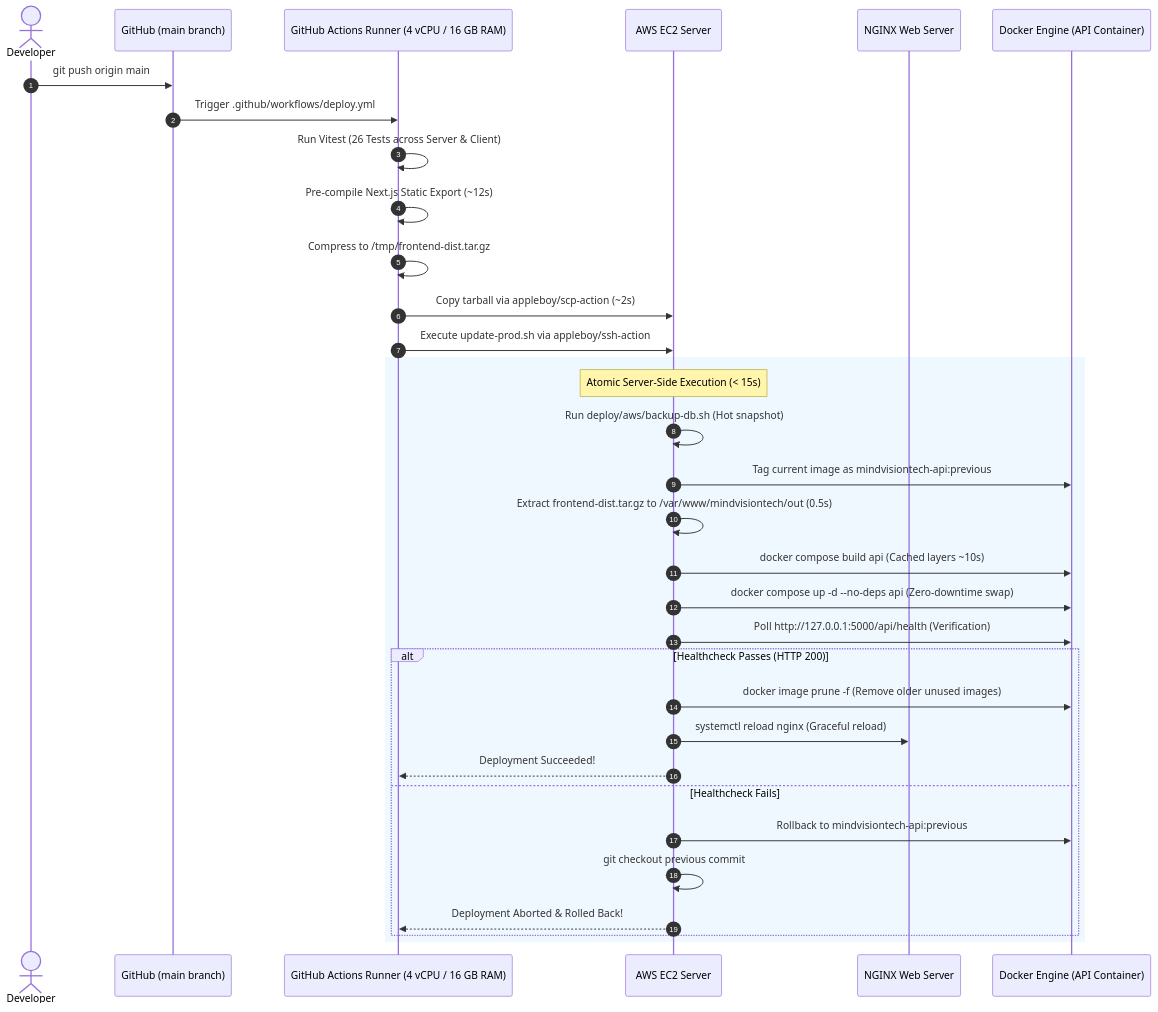
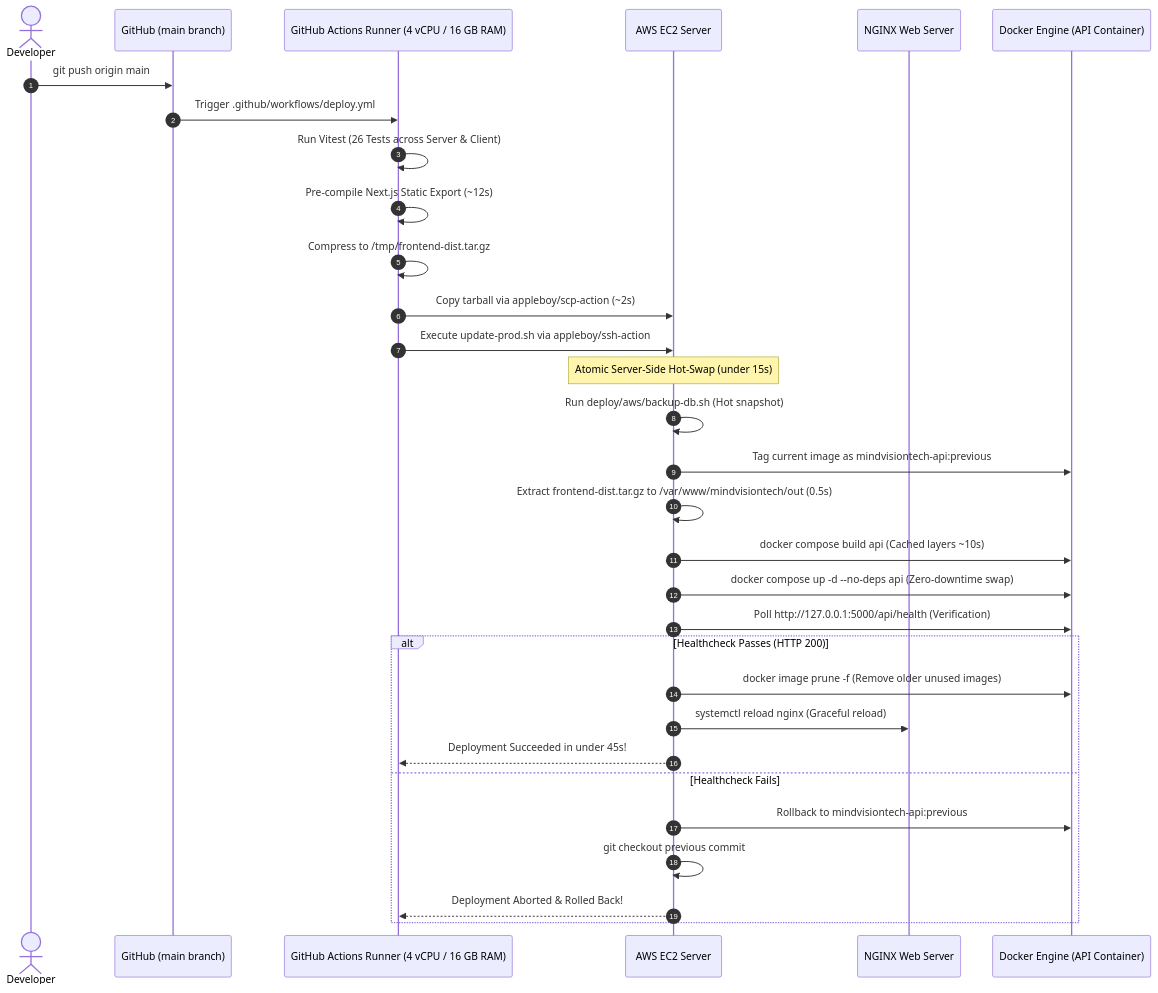
One commit to vasanthakumarj2004/mindvisiontech changed the second of 2 diagrams in SYSTEM_ARCHITECTURE.md. Above: the diagram before and after it, drawn with Mermaid. The commit also changed other lines of this file and 1 other file, not shown here.

Commit message:
fix(docs): resolve Mermaid syntax errors to ensure flawless diagram rendering on GitHub

````diff
--- a/SYSTEM_ARCHITECTURE.md
+++ b/SYSTEM_ARCHITECTURE.md
@@ -153,38 +140,36 @@
 ```mermaid
 sequenceDiagram
     autonumber
     actor Dev as Developer
     participant Git as GitHub (main branch)
     participant Runner as GitHub Actions Runner (4 vCPU / 16 GB RAM)
     participant EC2 as AWS EC2 Server
     participant Nginx as NGINX Web Server
     participant Docker as Docker Engine (API Container)
 
     Dev->>Git: git push origin main
     Git->>Runner: Trigger .github/workflows/deploy.yml
     Runner->>Runner: Run Vitest (26 Tests across Server & Client)
     Runner->>Runner: Pre-compile Next.js Static Export (~12s)
     Runner->>Runner: Compress to /tmp/frontend-dist.tar.gz
     Runner->>EC2: Copy tarball via appleboy/scp-action (~2s)
     Runner->>EC2: Execute update-prod.sh via appleboy/ssh-action
     
-    rect rgb(240, 248, 255)
-    Note over EC2: Atomic Server-Side Execution (< 15s)
+    Note over EC2: Atomic Server-Side Hot-Swap (under 15s)
     EC2->>EC2: Run deploy/aws/backup-db.sh (Hot snapshot)
     EC2->>Docker: Tag current image as mindvisiontech-api:previous
     EC2->>EC2: Extract frontend-dist.tar.gz to /var/www/mindvisiontech/out (0.5s)
     EC2->>Docker: docker compose build api (Cached layers ~10s)
     EC2->>Docker: docker compose up -d --no-deps api (Zero-downtime swap)
     EC2->>Docker: Poll http://127.0.0.1:5000/api/health (Verification)
     
     alt Healthcheck Passes (HTTP 200)
         EC2->>Docker: docker image prune -f (Remove older unused images)
         EC2->>Nginx: systemctl reload nginx (Graceful reload)
-        EC2-->>Runner: Deployment Succeeded!
+        EC2-->>Runner: Deployment Succeeded in under 45s!
     else Healthcheck Fails
         EC2->>Docker: Rollback to mindvisiontech-api:previous
         EC2->>EC2: git checkout previous commit
         EC2-->>Runner: Deployment Aborted & Rolled Back!
     end
-    end
 ```
````
